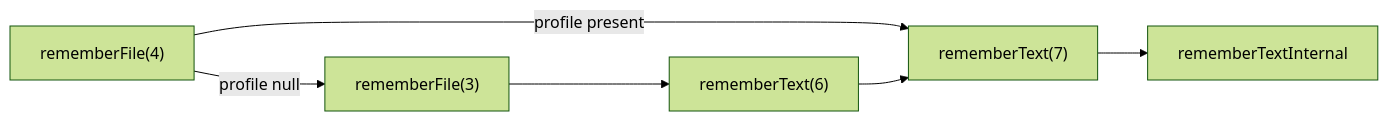
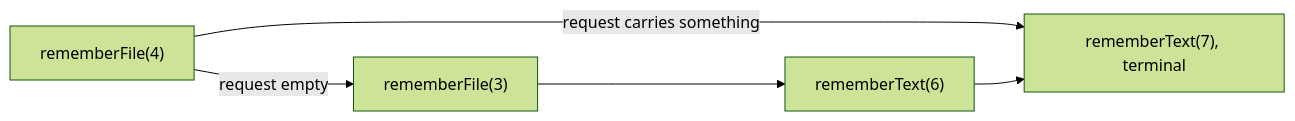
One commit to embabel/dice changed the third of 3 diagrams in docs/design/extraction-profiles.md. Above: the diagram before and after it, drawn with Mermaid (forest theme). The commit also changed other lines of this file and 10 other files, not shown here.

````diff
--- a/docs/design/extraction-profiles.md
+++ b/docs/design/extraction-profiles.md
@@ -156,7 +178,7 @@
 ```mermaid
 flowchart LR
     F3["rememberFile(3)"] --> T6
-    F4["rememberFile(4)"] -->|"profile null"| F3
-    F4 -->|"profile present"| T7
-    T6["rememberText(6)"] --> T7["rememberText(7)"] --> I["rememberTextInternal"]
+    F4["rememberFile(4)"] -->|"request empty"| F3
+    F4 -->|"request carries something"| T7
+    T6["rememberText(6)"] --> T7["rememberText(7), terminal"]
 ```
````
